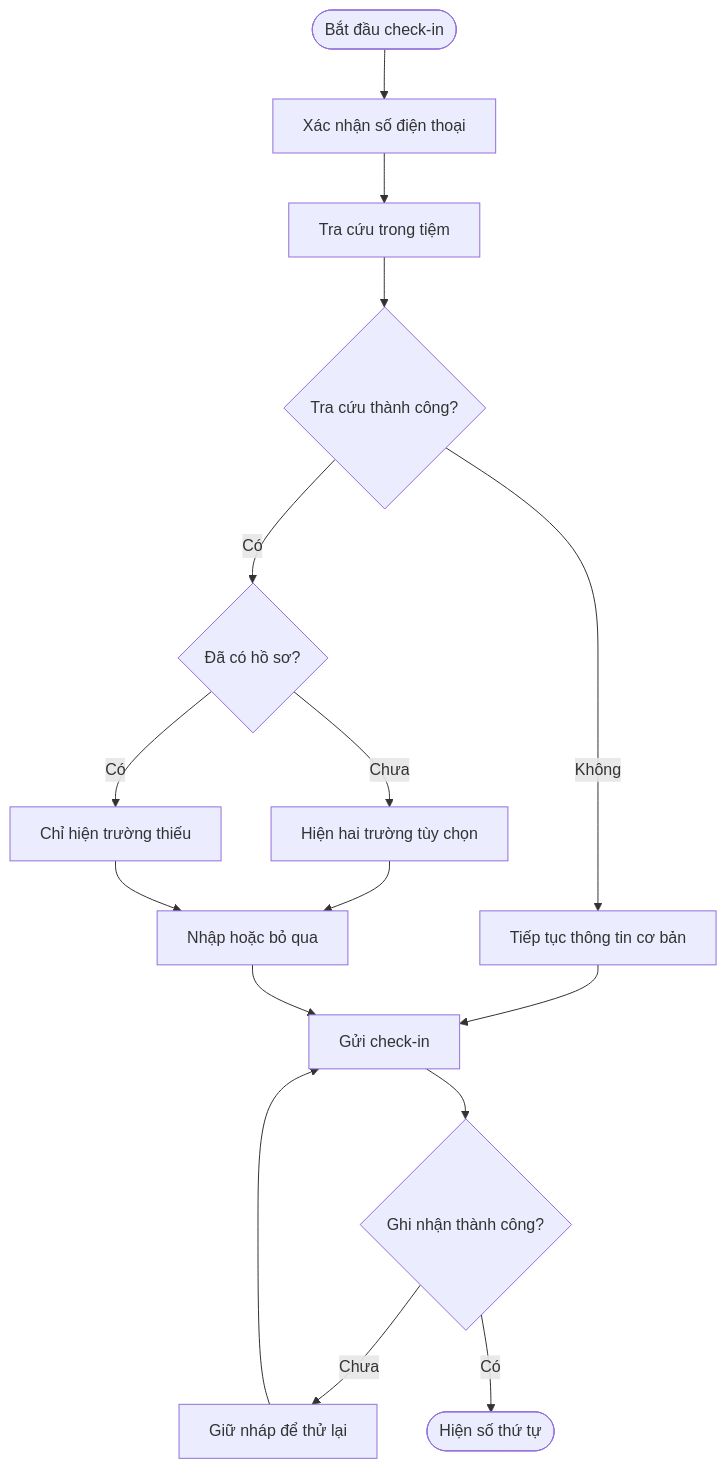
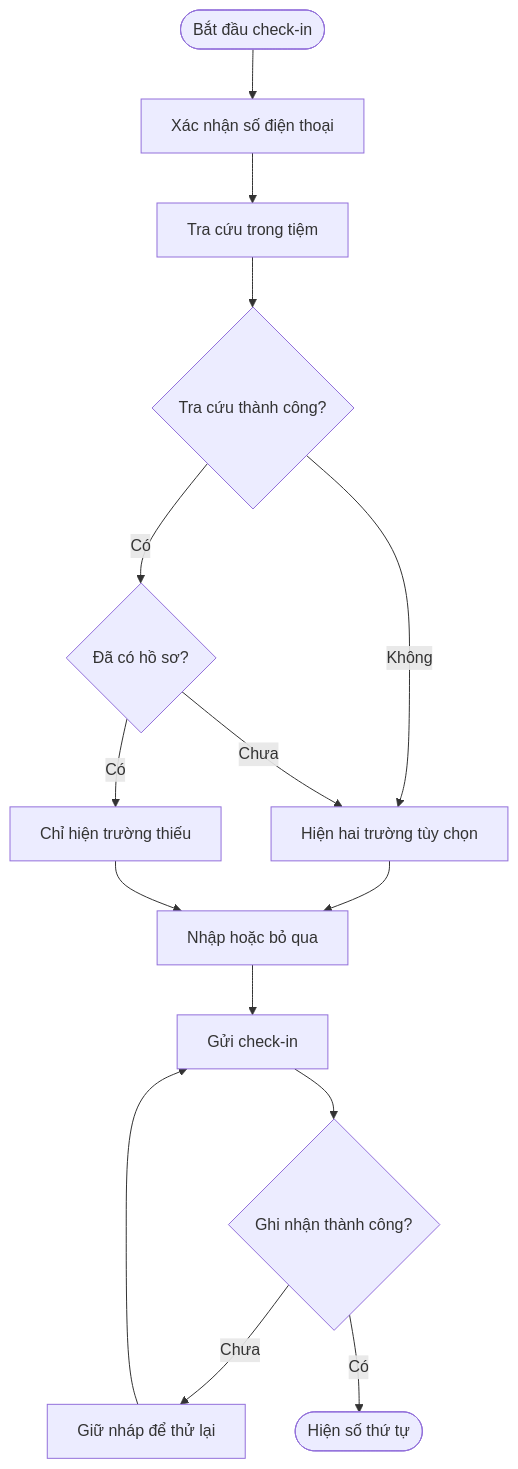
One commit to vlink-group/VlinkPay changed the first of 3 diagrams in nexora/docs/checkin-birthday-source-2042/business.md. Above: the diagram before and after it, drawn with Mermaid. The commit also changed other lines of this file and 2 other files, not shown here.

Commit message:
docs: update check-in behavior when customer lookup is unavailable

````diff
--- a/nexora/docs/checkin-birthday-source-2042/business.md
+++ b/nexora/docs/checkin-birthday-source-2042/business.md
@@ -87,18 +88,17 @@
 ```mermaid
 flowchart TD
     A([Bắt đầu check-in]) --> B[Xác nhận số điện thoại]
     B --> C[Tra cứu trong tiệm]
     C --> D{Tra cứu thành công?}
-    D -- Không --> E[Tiếp tục thông tin cơ bản]
+    D -- Không --> G[Hiện hai trường tùy chọn]
     D -- Có --> F{Đã có hồ sơ?}
     F -- Chưa --> G[Hiện hai trường tùy chọn]
     F -- Có --> H[Chỉ hiện trường thiếu]
     G --> I[Nhập hoặc bỏ qua]
     H --> I
-    E --> J[Gửi check-in]
-    I --> J
+    I --> J[Gửi check-in]
     J --> K{Ghi nhận thành công?}
     K -- Chưa --> L[Giữ nháp để thử lại]
     L --> J
     K -- Có --> M([Hiện số thứ tự])
 ```
````
